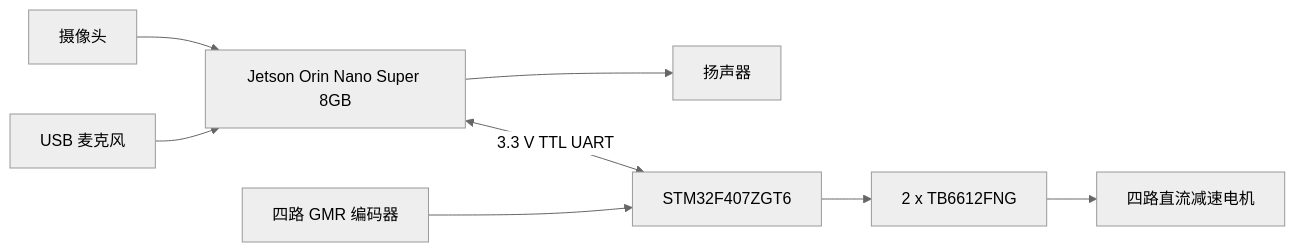
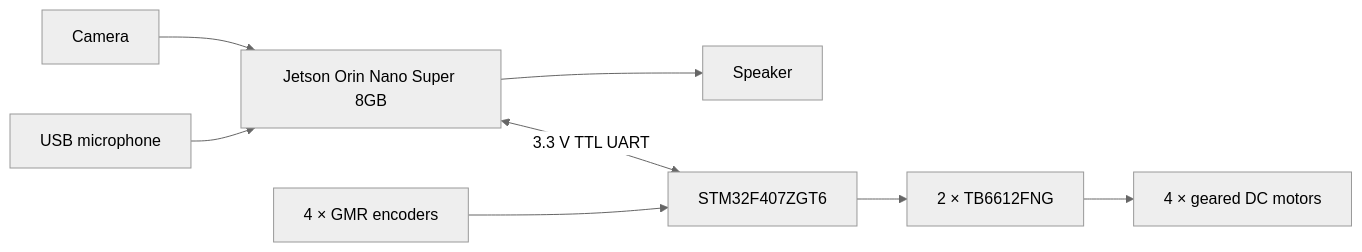
Before and after one commit to yuzhang-robotics/embodied-robot-heterogeneous-control: the diagram in docs/hardware/README.md, drawn with Mermaid (neutral theme). The commit also changed other lines of this file and 94 other files, not shown here.

````diff
--- a/docs/hardware/README.md
+++ b/docs/hardware/README.md
@@ -19,10 +26,10 @@
 ```mermaid
 flowchart LR
-    Camera["摄像头"] --> Jetson["Jetson Orin Nano Super 8GB"]
-    Microphone["USB 麦克风"] --> Jetson
-    Jetson --> Speaker["扬声器"]
+    Camera["Camera"] --> Jetson["Jetson Orin Nano Super 8GB"]
+    Microphone["USB microphone"] --> Jetson
+    Jetson --> Speaker["Speaker"]
     Jetson <-->|"3.3 V TTL UART"| STM32["STM32F407ZGT6"]
-    Encoders["四路 GMR 编码器"] --> STM32
-    STM32 --> Drivers["2 x TB6612FNG"]
-    Drivers --> Motors["四路直流减速电机"]
+    Encoders["4 × GMR encoders"] --> STM32
+    STM32 --> Drivers["2 × TB6612FNG"]
+    Drivers --> Motors["4 × geared DC motors"]
 ```
````
